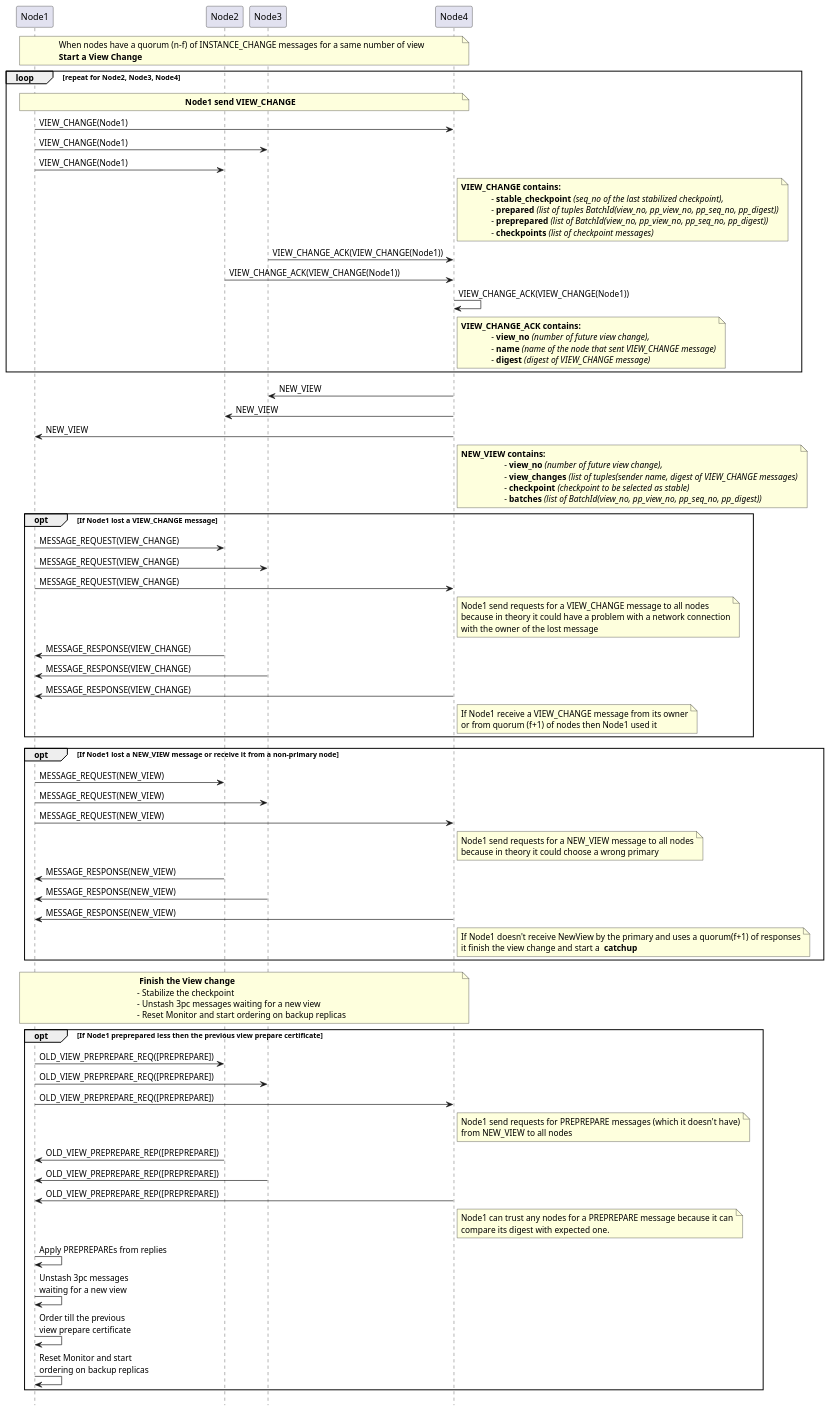
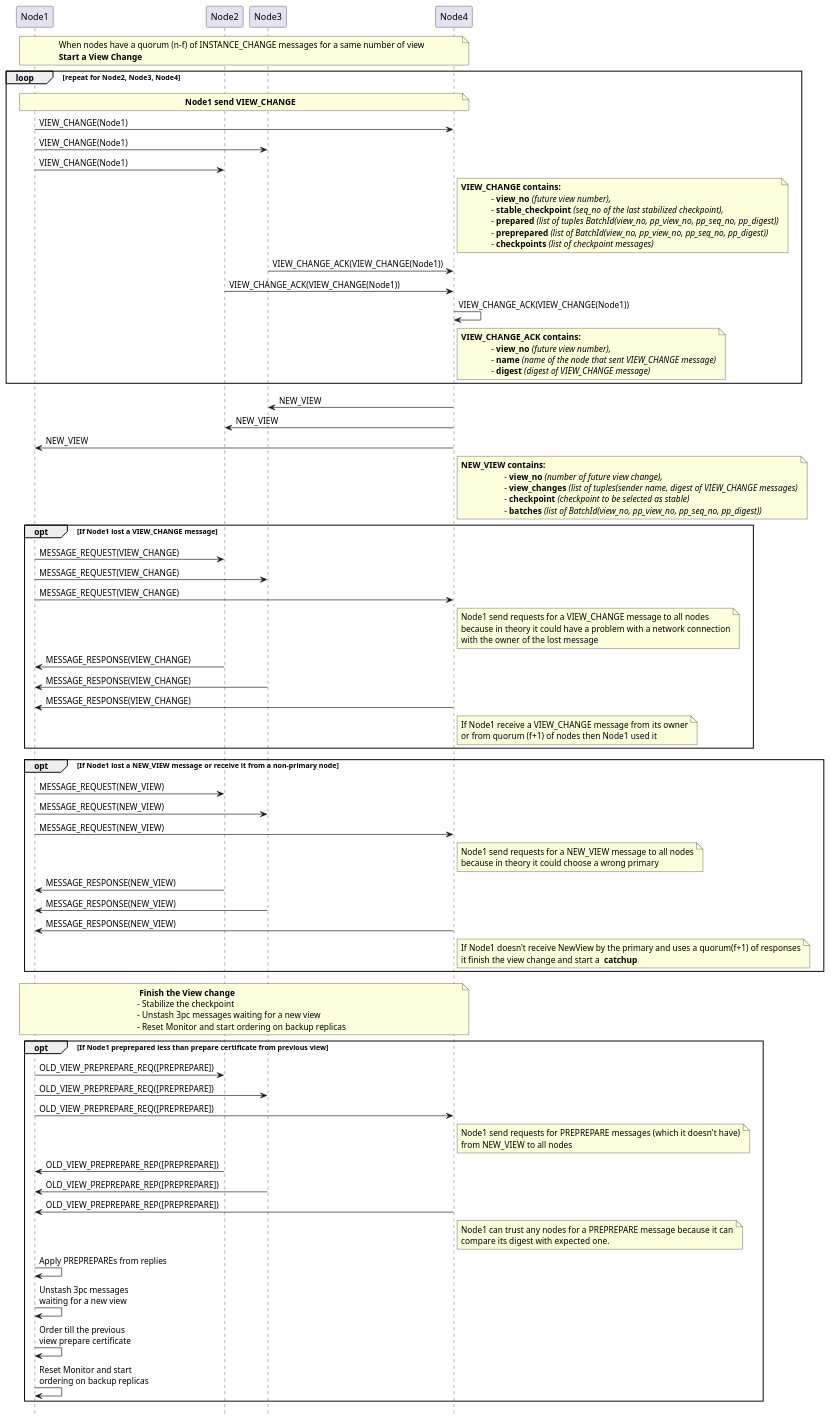
One commit to hyperledger/indy-plenum changed the diagram in docs/source/diagrams/pbft-view-change.puml. Above: the diagram before and after it, drawn with PlantUML. The commit also changed 2 other files, not shown here.

Commit message:
INDY-2138: fix typos in the documentation, add a diagram image

```diff
--- a/docs/source/diagrams/pbft-view-change.puml
+++ b/docs/source/diagrams/pbft-view-change.puml
@@ -1,128 +1,129 @@
 @startuml
 !pragma teoz true
 hide footbox
 
 participant Node1
 participant Node2
 participant Node3
 participant Node4
 
 note over Node1, Node4
     When nodes have a quorum (n-f) of INSTANCE_CHANGE messages for a same number of view
     <b>Start a View Change</b>
 end note
 
 
 loop repeat for Node2, Node3, Node4
     note over Node1, Node4
         <b>Node1 send VIEW_CHANGE </b>
     end note
 
     Node1 -> Node4: VIEW_CHANGE(Node1)
     Node1 -> Node3: VIEW_CHANGE(Node1)
     Node1 -> Node2: VIEW_CHANGE(Node1)
     note right Node4
           <b>VIEW_CHANGE contains:
+                        - <b>view_no</b> <i>(future view number),
                         - <b>stable_checkpoint</b> <i>(seq_no of the last stabilized checkpoint),
                         - <b>prepared</b> <i>(list of tuples BatchId(view_no, pp_view_no, pp_seq_no, pp_digest))
                         - <b>preprepared</b> <i>(list of BatchId(view_no, pp_view_no, pp_seq_no, pp_digest))
                         - <b>checkpoints</b> <i>(list of checkpoint messages)
     end note
 
     Node3 -> Node4: VIEW_CHANGE_ACK(VIEW_CHANGE(Node1))
     deactivate Node3
     Node2 -> Node4: VIEW_CHANGE_ACK(VIEW_CHANGE(Node1))
     deactivate Node2
     Node4 -> Node4: VIEW_CHANGE_ACK(VIEW_CHANGE(Node1))
     deactivate Node4
     note right Node4
           <b>VIEW_CHANGE_ACK contains:
-                        - <b>view_no</b> <i>(number of future view change),
+                        - <b>view_no</b> <i>(future view number),
                         - <b>name</b> <i>(name of the node that sent VIEW_CHANGE message)
                         - <b>digest</b> <i>(digest of VIEW_CHANGE message)
     end note
 end loop
 
 Node4 -> Node3: NEW_VIEW
 Node4 -> Node2: NEW_VIEW
 Node4 -> Node1: NEW_VIEW
 note right Node4
     <b>NEW_VIEW contains:
                         - <b>view_no</b> <i>(number of future view change),
                         - <b>view_changes</b> <i>(list of tuples(sender name, digest of VIEW_CHANGE messages)
                         - <b>checkpoint</b> <i>(checkpoint to be selected as stable)
                         - <b>batches</b> <i>(list of BatchId(view_no, pp_view_no, pp_seq_no, pp_digest))
 end note
 
 
 opt If Node1 lost a VIEW_CHANGE message
 Node1 -> Node2: MESSAGE_REQUEST(VIEW_CHANGE)
 Node1 -> Node3: MESSAGE_REQUEST(VIEW_CHANGE)
 Node1 -> Node4: MESSAGE_REQUEST(VIEW_CHANGE)
 note right Node4
     Node1 send requests for a VIEW_CHANGE message to all nodes
     because in theory it could have a problem with a network connection
     with the owner of the lost message
 end note
 
 Node2 -> Node1: MESSAGE_RESPONSE(VIEW_CHANGE)
 Node3 -> Node1: MESSAGE_RESPONSE(VIEW_CHANGE)
 Node4 -> Node1: MESSAGE_RESPONSE(VIEW_CHANGE)
 note right Node4
     If Node1 receive a VIEW_CHANGE message from its owner
     or from quorum (f+1) of nodes then Node1 used it
 end note
 end opt
 
 opt If Node1 lost a NEW_VIEW message or receive it from a non-primary node
 Node1 -> Node2: MESSAGE_REQUEST(NEW_VIEW)
 Node1 -> Node3: MESSAGE_REQUEST(NEW_VIEW)
 Node1 -> Node4: MESSAGE_REQUEST(NEW_VIEW)
 note right Node4
     Node1 send requests for a NEW_VIEW message to all nodes
     because in theory it could choose a wrong primary
 end note
 
 Node2 -> Node1: MESSAGE_RESPONSE(NEW_VIEW)
 Node3 -> Node1: MESSAGE_RESPONSE(NEW_VIEW)
 Node4 -> Node1: MESSAGE_RESPONSE(NEW_VIEW)
 note right Node4
     If Node1 doesn't receive NewView by the primary and uses a quorum(f+1) of responses
     it finish the view change and start a <b> catchup</b>
 end note
 end opt
 
 note over Node1, Node4
   <b>Finish the View change</b>
  - Stabilize the checkpoint
  - Unstash 3pc messages waiting for a new view
  - Reset Monitor and start ordering on backup replicas
 end note
 
 
-opt If Node1 preprepared less then the previous view prepare certificate
+opt If Node1 preprepared less than prepare certificate from previous view
 Node1 -> Node2: OLD_VIEW_PREPREPARE_REQ([PREPREPARE])
 Node1 -> Node3: OLD_VIEW_PREPREPARE_REQ([PREPREPARE])
 Node1 -> Node4: OLD_VIEW_PREPREPARE_REQ([PREPREPARE])
 note right Node4
     Node1 send requests for PREPREPARE messages (which it doesn't have)
     from NEW_VIEW to all nodes
 end note
 
 Node2 -> Node1: OLD_VIEW_PREPREPARE_REP([PREPREPARE])
 Node3 -> Node1: OLD_VIEW_PREPREPARE_REP([PREPREPARE])
 Node4 -> Node1: OLD_VIEW_PREPREPARE_REP([PREPREPARE])
 note right Node4
     Node1 can trust any nodes for a PREPREPARE message because it can
     compare its digest with expected one.
 end note
 Node1 -> Node1: Apply PREPREPAREs from replies
 Node1 -> Node1: Unstash 3pc messages \nwaiting for a new view
 Node1 -> Node1: Order till the previous \nview prepare certificate
 Node1 -> Node1: Reset Monitor and start \nordering on backup replicas
 
 
 end opt
 
 
 @enduml
```
